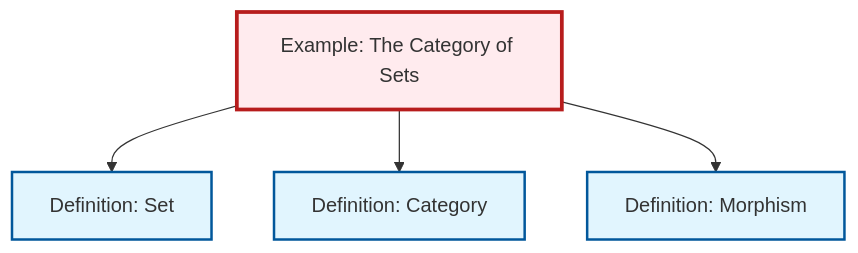
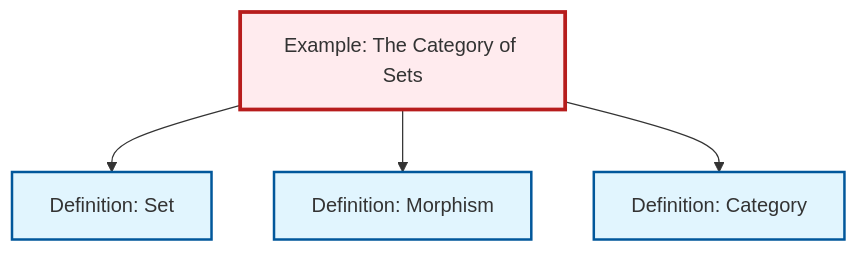
Before and after one commit to RK0429/ModernMath: the diagram in content/en/category-theory/ex-set-category.qmd, drawn with Mermaid. The commit also changed other lines of this file and 491 other files, not shown here.

````diff
--- a/content/en/category-theory/ex-set-category.qmd
+++ b/content/en/category-theory/ex-set-category.qmd
@@ -68,20 +68,20 @@
 ```{mermaid}
 %%| fig-cap: "Local dependency graph"
 graph TD
     classDef definition fill:#e1f5fe,stroke:#01579b,stroke-width:2px
     classDef theorem fill:#f3e5f5,stroke:#4a148c,stroke-width:2px
     classDef axiom fill:#fff3e0,stroke:#e65100,stroke-width:2px
     classDef example fill:#e8f5e9,stroke:#1b5e20,stroke-width:2px
     classDef current fill:#ffebee,stroke:#b71c1c,stroke-width:3px
+    def-set["Definition: Set"]:::definition
+    def-morphism["Definition: Morphism"]:::definition
     ex-set-category["Example: The Category of Sets"]:::example
-    def-morphism["Definition: Morphism"]:::definition
-    def-set["Definition: Set"]:::definition
     def-category["Definition: Category"]:::definition
     ex-set-category --> def-set
+    ex-set-category --> def-morphism
     ex-set-category --> def-category
-    ex-set-category --> def-morphism
     class ex-set-category current
+    click def-set "def-set.html" "Go to Set definition"
     click def-morphism "def-morphism.html" "Go to Morphism definition"
-    click def-set "def-set.html" "Go to Set definition"
     click def-category "def-category.html" "Go to Category definition"
 ```
````
